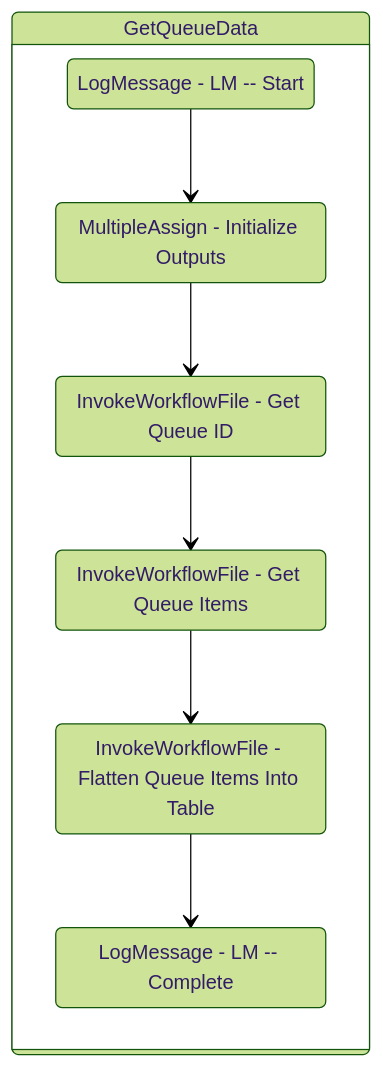
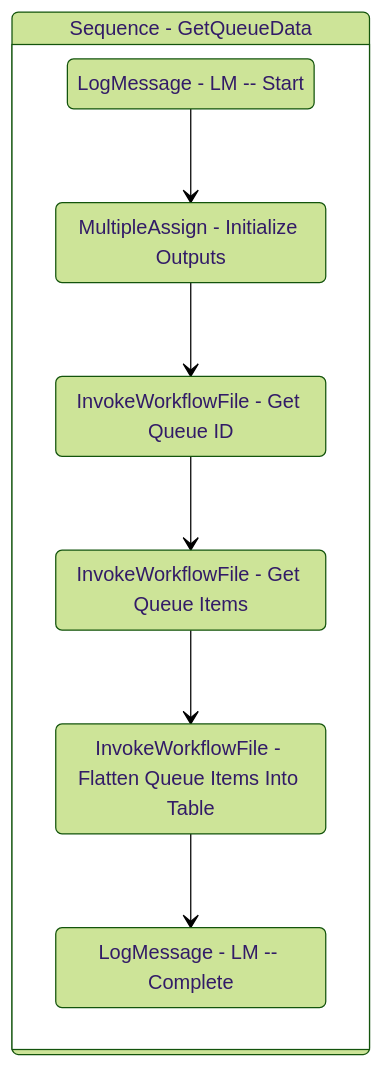
Before and after one commit to yashbrahmbhatt/LazyFramework: the diagram in Documentation/.templates/Reporters/Basic/Logic/GetQueueData.md, drawn with Mermaid (forest theme). The commit also changed other lines of this file and 78 other files, not shown here.

````diff
--- a/Documentation/.templates/Reporters/Basic/Logic/GetQueueData.md
+++ b/Documentation/.templates/Reporters/Basic/Logic/GetQueueData.md
@@ -116,20 +116,20 @@
 ```mermaid
 stateDiagram-v2
 
 
-Sequence_1: GetQueueData
+Sequence_1: Sequence - GetQueueData
 state Sequence_1 {
 direction TB
 LogMessage_1 : LogMessage - LM -- Start
 MultipleAssign_1 : MultipleAssign - Initialize Outputs
 LogMessage_1 --> MultipleAssign_1
 InvokeWorkflowFile_1 : InvokeWorkflowFile - Get Queue ID
 MultipleAssign_1 --> InvokeWorkflowFile_1
 InvokeWorkflowFile_2 : InvokeWorkflowFile - Get Queue Items
 InvokeWorkflowFile_1 --> InvokeWorkflowFile_2
 InvokeWorkflowFile_3 : InvokeWorkflowFile - Flatten Queue Items Into Table
 InvokeWorkflowFile_2 --> InvokeWorkflowFile_3
 LogMessage_2 : LogMessage - LM -- Complete
 InvokeWorkflowFile_3 --> LogMessage_2
 }
 ```
````
